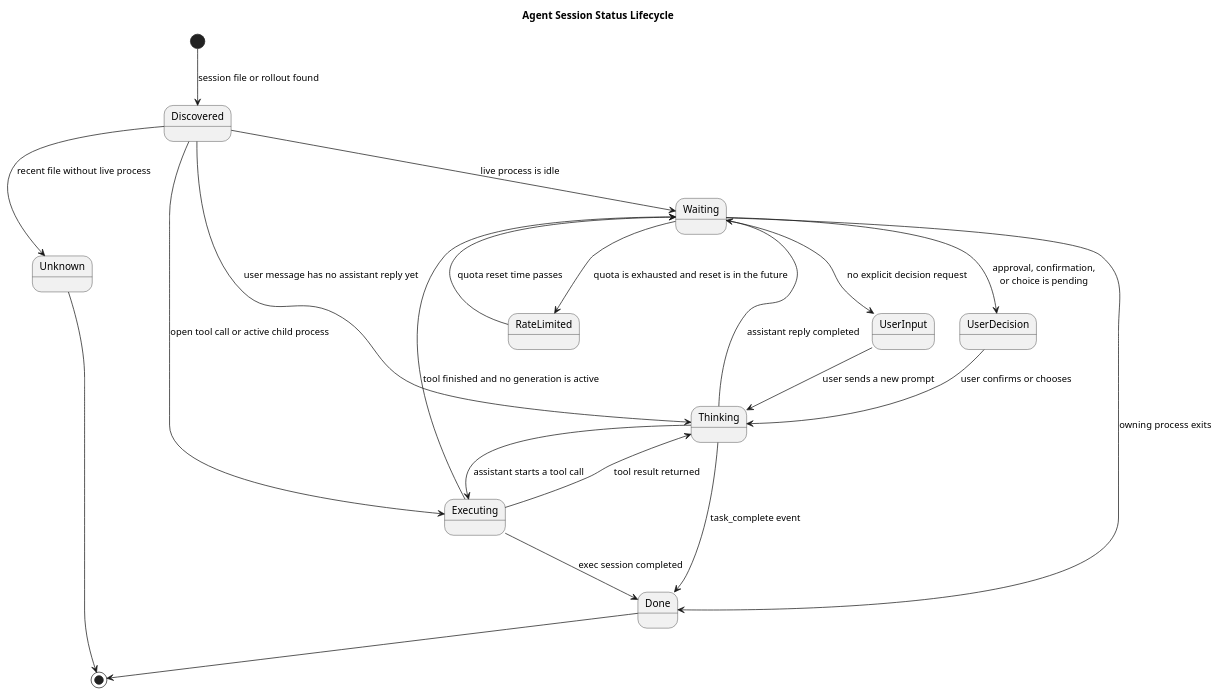
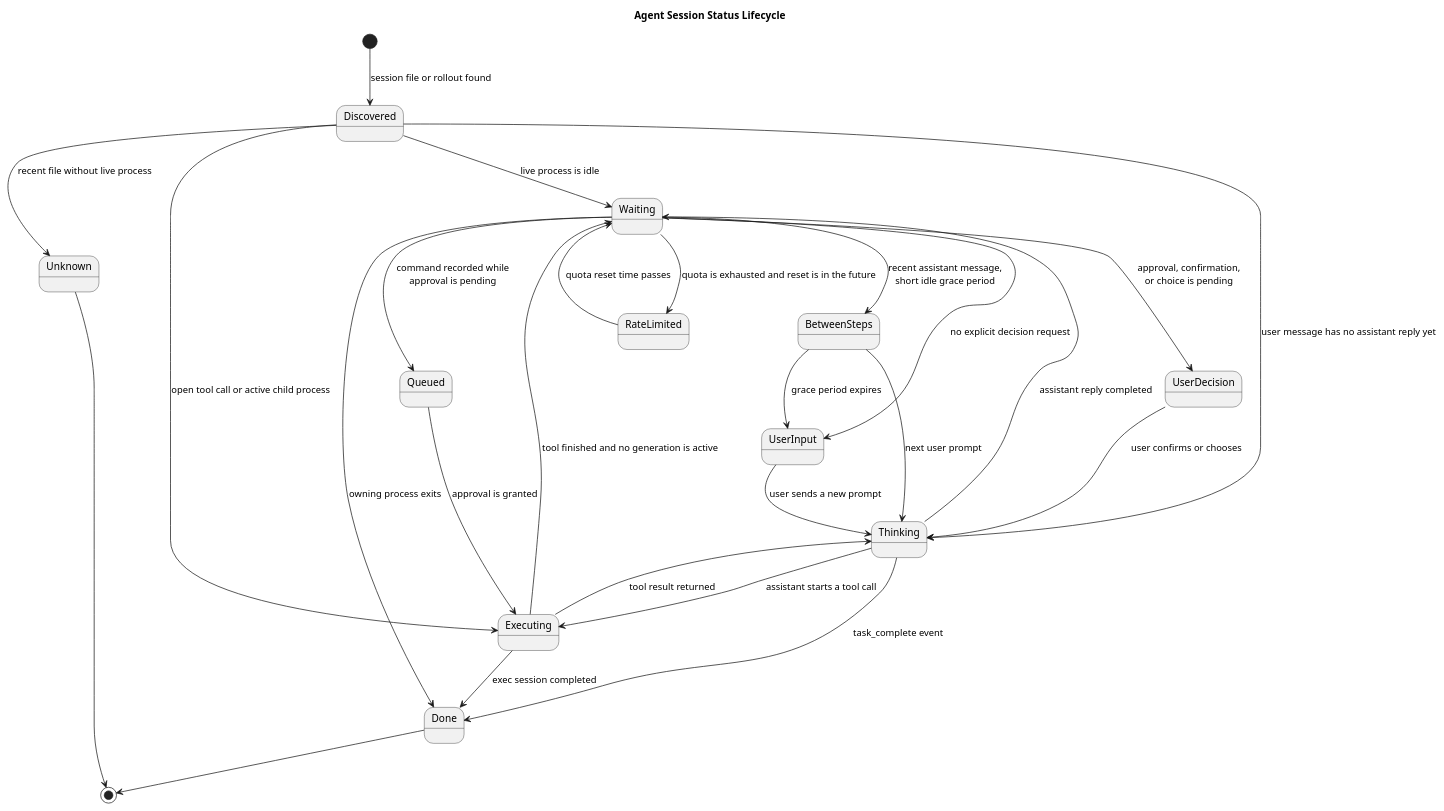
Before and after one commit to dtarasov7/abtop-py: the diagram in diagramms/session-lifecycle.puml, drawn with PlantUML. The commit also changed 14 other files, not shown here.

```diff
--- a/diagramms/session-lifecycle.puml
+++ b/diagramms/session-lifecycle.puml
@@ -1,30 +1,35 @@
 @startuml
 title Agent Session Status Lifecycle
 
 skinparam shadowing false
 
 [*] --> Discovered : session file or rollout found
 Discovered --> Unknown : recent file without live process
 Discovered --> Waiting : live process is idle
 Discovered --> Thinking : user message has no assistant reply yet
 Discovered --> Executing : open tool call or active child process
 
 Waiting --> UserInput : no explicit decision request
+Waiting --> BetweenSteps : recent assistant message,\nshort idle grace period
 Waiting --> UserDecision : approval, confirmation,\nor choice is pending
+Waiting --> Queued : command recorded while\napproval is pending
 UserInput --> Thinking : user sends a new prompt
+BetweenSteps --> UserInput : grace period expires
+BetweenSteps --> Thinking : next user prompt
 UserDecision --> Thinking : user confirms or chooses
+Queued --> Executing : approval is granted
 
 Thinking --> Executing : assistant starts a tool call
 Thinking --> Waiting : assistant reply completed
 Executing --> Thinking : tool result returned
 Executing --> Waiting : tool finished and no generation is active
 
 Waiting --> RateLimited : quota is exhausted and reset is in the future
 RateLimited --> Waiting : quota reset time passes
 
 Executing --> Done : exec session completed
 Thinking --> Done : task_complete event
 Waiting --> Done : owning process exits
 Unknown --> [*]
 Done --> [*]
 @enduml
```
